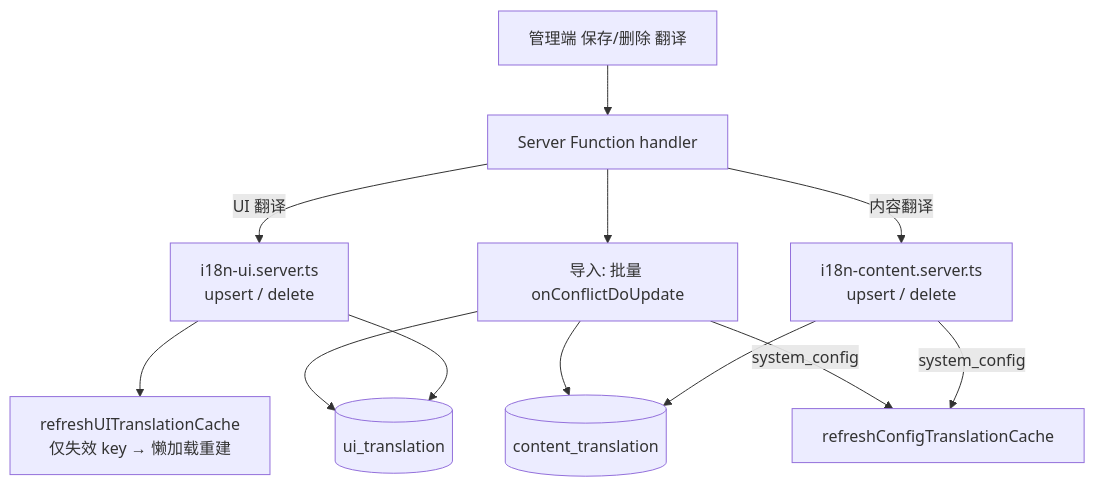
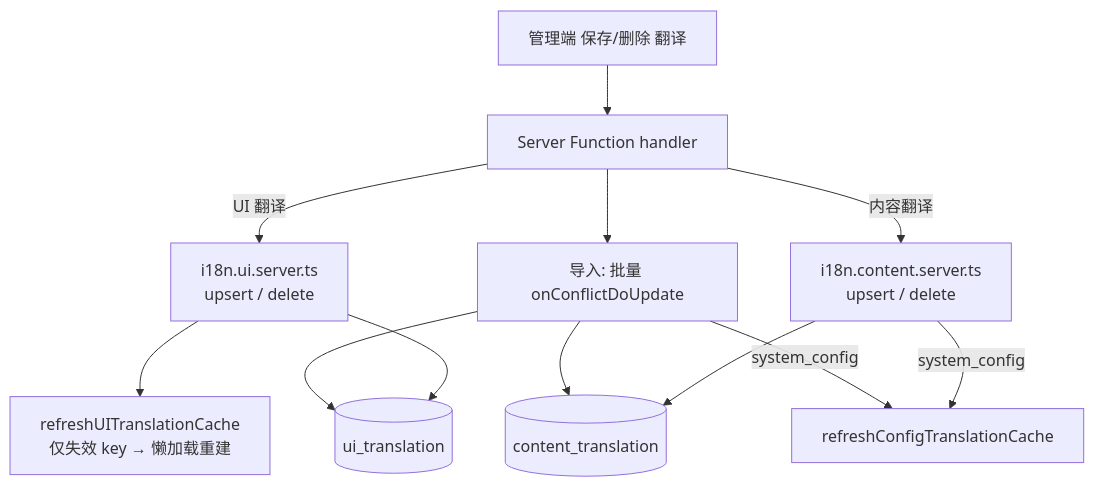
One commit to easyx-dev/fsdx changed the third of 3 diagrams in docs/i18n.md. Above: the diagram before and after it, drawn with Mermaid. The commit also changed other lines of this file and 35 other files, not shown here.

````diff
--- a/docs/i18n.md
+++ b/docs/i18n.md
@@ -149,14 +175,14 @@
 ```mermaid
 flowchart TD
     A[管理端 保存/删除 翻译] --> SFN[Server Function handler]
-    SFN -->|UI 翻译| UIW[i18n-ui.server.ts<br/>upsert / delete]
-    SFN -->|内容翻译| CTW[i18n-content.server.ts<br/>upsert / delete]
+    SFN -->|UI 翻译| UIW[i18n.ui.server.ts<br/>upsert / delete]
+    SFN -->|内容翻译| CTW[i18n.content.server.ts<br/>upsert / delete]
     UIW --> DUI[(ui_translation)]
     UIW --> REFUI[refreshUITranslationCache<br/>仅失效 key → 懒加载重建]
     CTW --> DCT[(content_translation)]
     CTW -->|system_config| REFC[refreshConfigTranslationCache]
     SFN --> IMP[导入: 批量 onConflictDoUpdate]
     IMP --> DUI
     IMP --> DCT
     IMP -->|system_config| REFC
 ```
````
